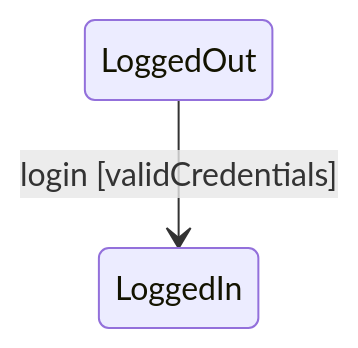
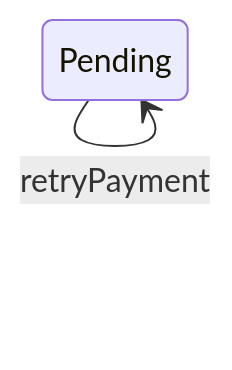
The sixth of 6 diagrams in 03-Academics/OOSE/New Draft/5.8 — State Chart Diagram.md (namaewafaisal/Obsidian_Vault), drawn with Mermaid before and after one commit. The commit also changed other lines of this file and 4 other files, not shown here.

````diff
--- a/03-Academics/OOSE/New Draft/5.8 — State Chart Diagram.md
+++ b/03-Academics/OOSE/New Draft/5.8 — State Chart Diagram.md
@@ -72,4 +234,5 @@
 ```mermaid
 stateDiagram-v2
-    LoggedOut --> LoggedIn : login [validCredentials]
+
+Pending --> Pending : retryPayment
 ```
````
